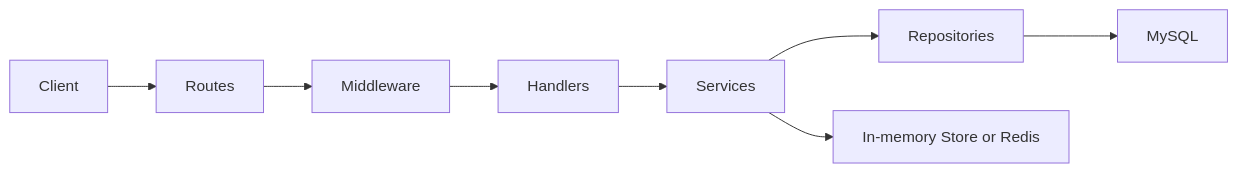
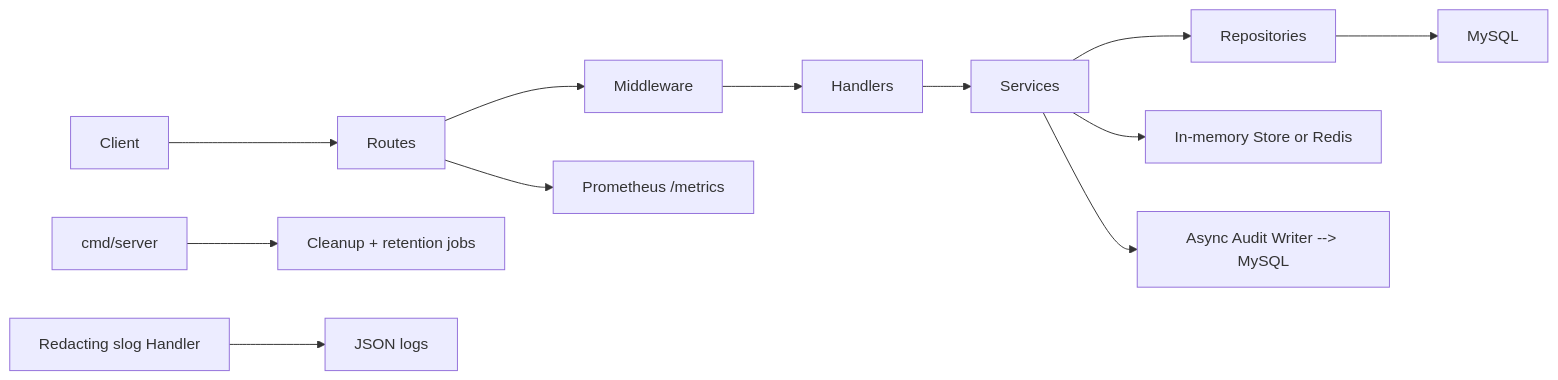
The diagram in ARCHITECTURE.md (NguyenQuan121321/FinnApiGo), drawn with Mermaid before and after one commit. The commit also changed other lines of this file and 2 other files, not shown here.

Commit message:
docs: rewrite README, ARCHITECTURE, CHANGELOG to reflect enterprise readiness state [PHASE10]

````diff
--- a/ARCHITECTURE.md
+++ b/ARCHITECTURE.md
@@ -5,5 +5,9 @@
 ```mermaid
 flowchart LR
     Client --> Routes --> Middleware --> Handlers --> Services --> Repositories --> MySQL
     Services --> Store["In-memory Store or Redis"]
+    Services --> Audit["Async Audit Writer --> MySQL"]
+    Routes --> Metrics["Prometheus /metrics"]
+    main["cmd/server"] --> Cleanup["Cleanup + retention jobs"]
+    Logging["Redacting slog Handler"] --> Stdout["JSON logs"]
 ```
````
